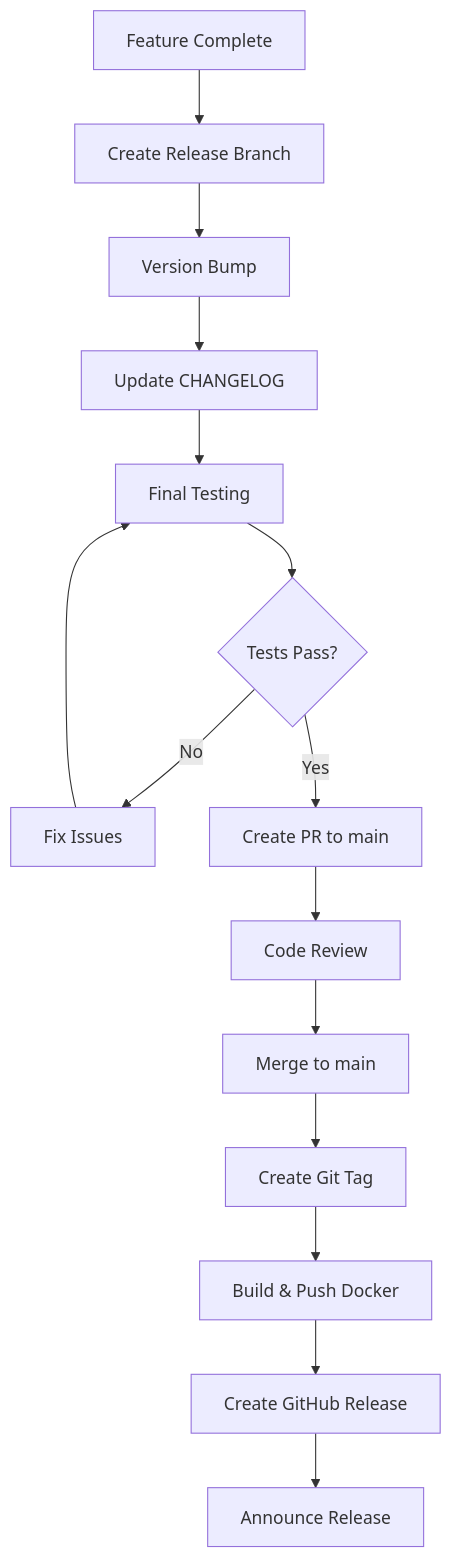
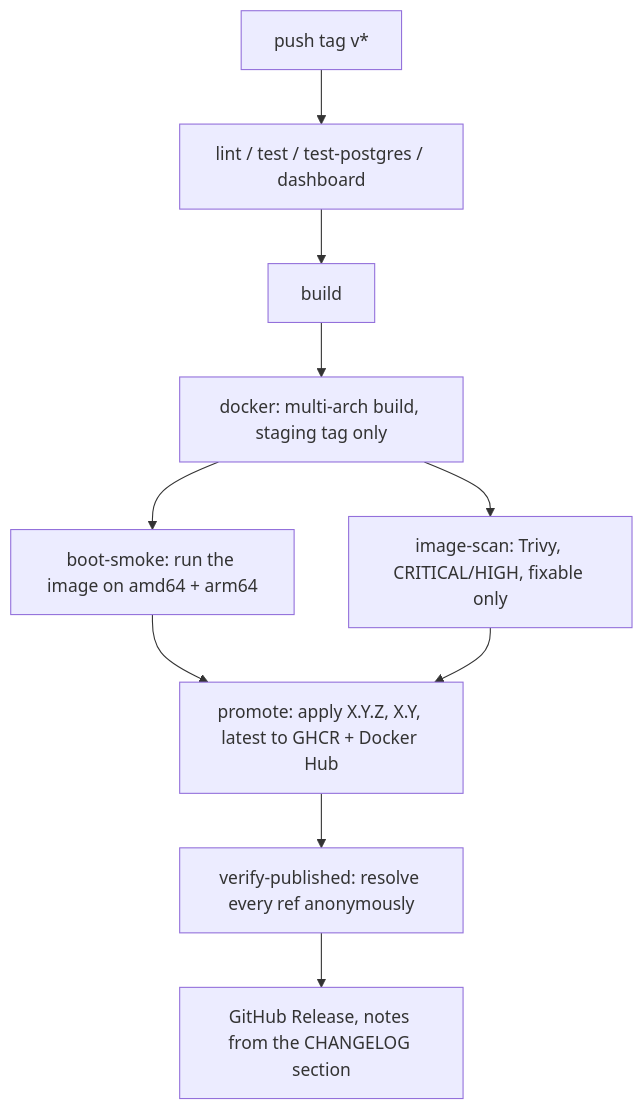
One commit to nourayman21k/OpenWA changed the seventh of 7 diagrams in docs/15-project-roadmap.md. Above: the diagram before and after it, drawn with Mermaid. The commit also changed other lines of this file and 1 other file, not shown here.

First line of the commit message:
docs(release): replace the release-branch runbook with the process actually in use (#972)

````diff
--- a/docs/15-project-roadmap.md
+++ b/docs/15-project-roadmap.md
@@ -652,17 +677,12 @@
 ```mermaid
 flowchart TB
-    A[Feature Complete] --> B[Create Release Branch]
-    B --> C[Version Bump]
-    C --> D[Update CHANGELOG]
-    D --> E[Final Testing]
-    E --> F{Tests Pass?}
-    F -->|No| G[Fix Issues]
-    G --> E
-    F -->|Yes| H[Create PR to main]
-    H --> I[Code Review]
-    I --> J[Merge to main]
-    J --> K[Create Git Tag]
-    K --> L[Build & Push Docker]
-    L --> M[Create GitHub Release]
-    M --> N[Announce Release]
+    A[push tag v*] --> B[lint / test / test-postgres / dashboard]
+    B --> C[build]
+    C --> D[docker: multi-arch build, staging tag only]
+    D --> E[boot-smoke: run the image on amd64 + arm64]
+    D --> F[image-scan: Trivy, CRITICAL/HIGH, fixable only]
+    E --> G[promote: apply X.Y.Z, X.Y, latest to GHCR + Docker Hub]
+    F --> G
+    G --> H[verify-published: resolve every ref anonymously]
+    H --> I[GitHub Release, notes from the CHANGELOG section]
 ```
````
